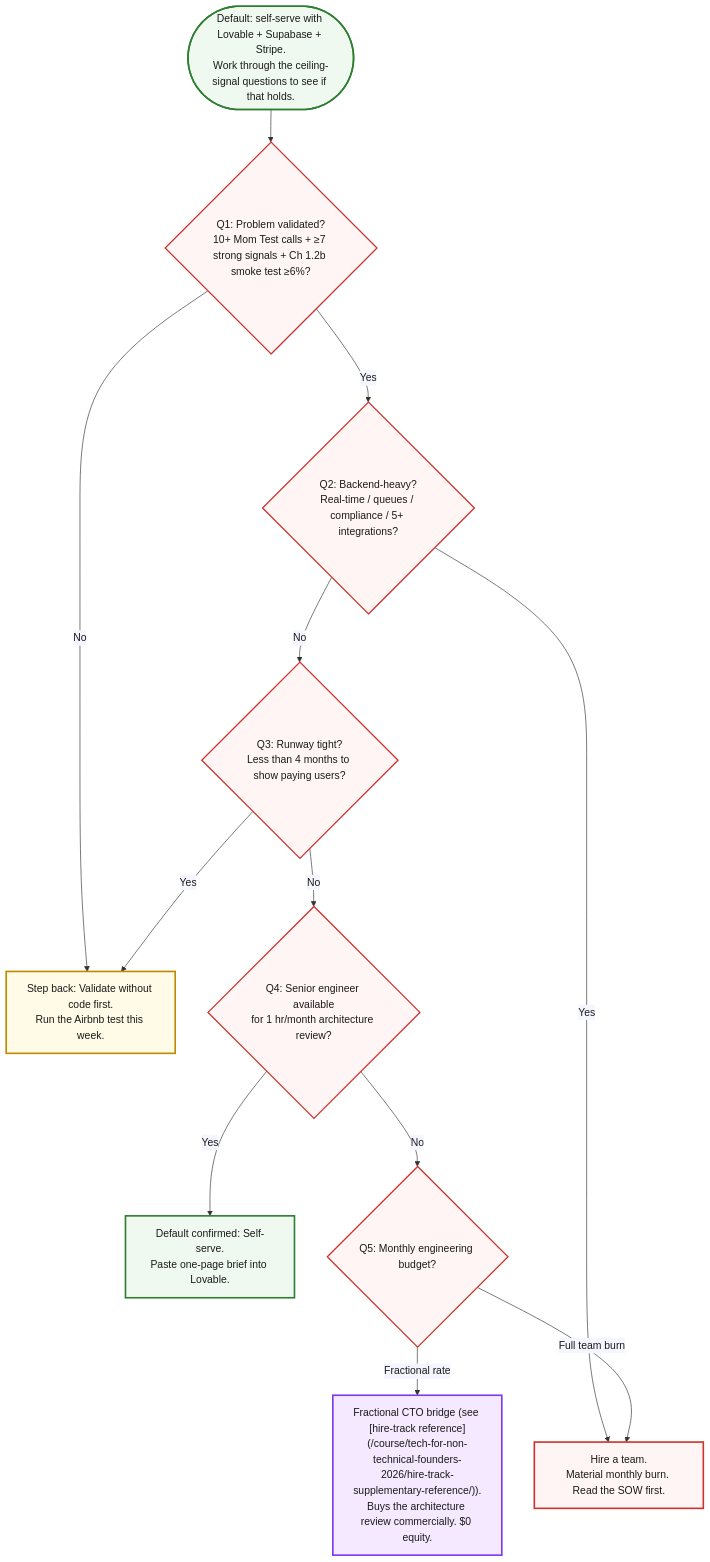
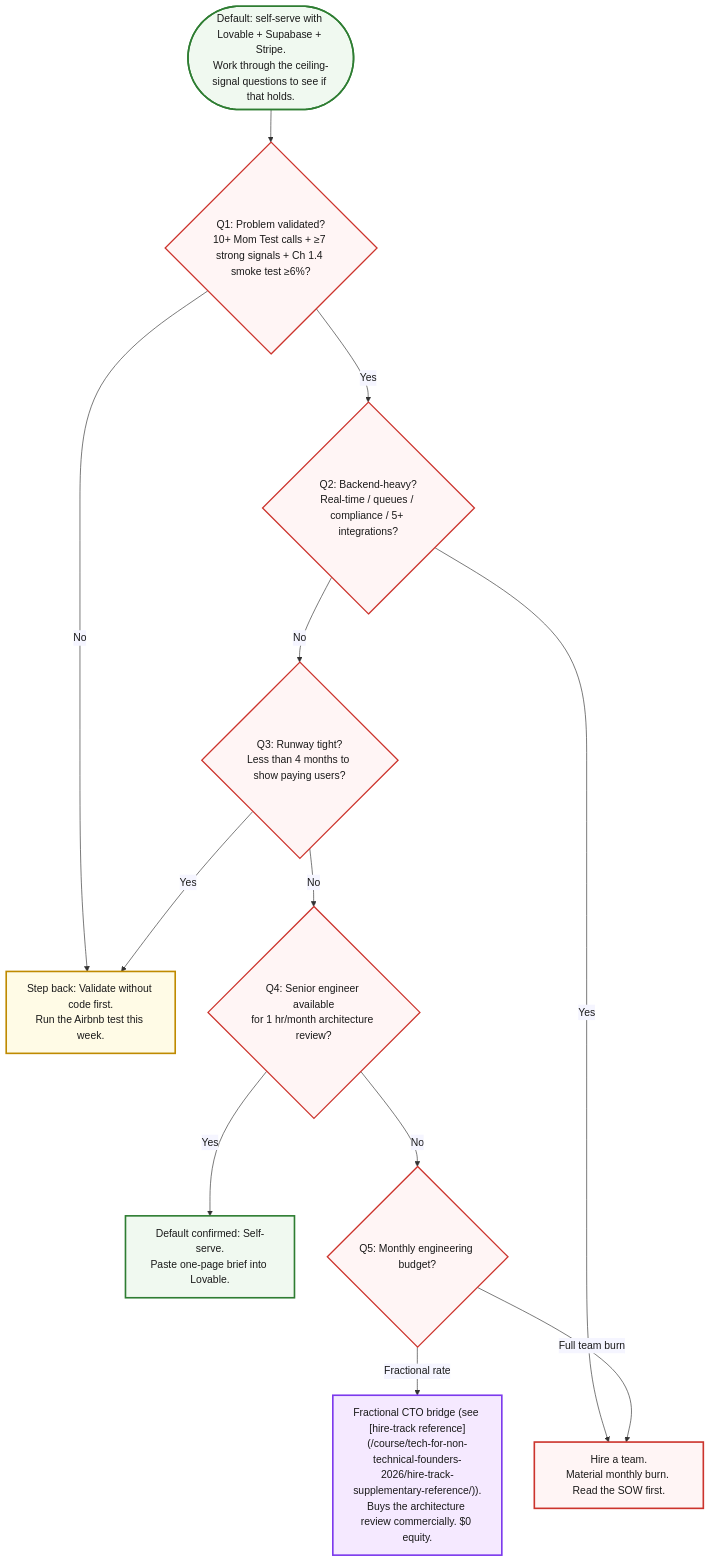
The diagram in content/course/tech-for-non-technical-founders-2026/should-you-hire-2026-decision-tree/index.md (jetthoughts/jetthoughts.github.io), drawn with Mermaid before and after one commit. The commit also changed other lines of this file and 15 other files, not shown here.

````diff
--- a/content/course/tech-for-non-technical-founders-2026/should-you-hire-2026-decision-tree/index.md
+++ b/content/course/tech-for-non-technical-founders-2026/should-you-hire-2026-decision-tree/index.md
@@ -114,30 +114,30 @@
 ```mermaid
 %%{init: {'theme':'base', 'themeVariables': {'fontFamily':'Caveat, Patrick Hand, cursive', 'primaryColor':'#fff5f5', 'primaryBorderColor':'#cc342d', 'lineColor':'#333', 'primaryTextColor':'#1a1a1a'}}}%%
 flowchart TD
     Start(["Default: self-serve with Lovable + Supabase + Stripe.<br/>Work through the ceiling-signal questions to see if that holds."])
-    Start --> Q1{"Q1: Problem validated?<br/>10+ Mom Test calls + ≥7 strong signals + Ch 1.2b smoke test ≥6%?"}
+    Start --> Q1{"Q1: Problem validated?<br/>10+ Mom Test calls + ≥7 strong signals + Ch 1.4 smoke test ≥6%?"}
     Q1 -->|No| Validate["Step back: Validate without code first.<br/>Run the Airbnb test this week."]
     Q1 -->|Yes| Q2{"Q2: Backend-heavy?<br/>Real-time / queues / compliance / 5+ integrations?"}
     Q2 -->|No| Q3{"Q3: Runway tight?<br/>Less than 4 months to show paying users?"}
     Q2 -->|Yes| Hire["Hire a team.<br/>Material monthly burn. Read the SOW first."]
     Q3 -->|No| Q4{"Q4: Senior engineer available<br/>for 1 hr/month architecture review?"}
     Q3 -->|Yes| Validate
     Q4 -->|Yes| SelfServe["Default confirmed: Self-serve.<br/>Paste one-page brief into Lovable."]
     Q4 -->|No| Q5{"Q5: Monthly engineering budget?"}
     Q5 -->|"Fractional rate"| Fractional["Fractional CTO bridge (see [hire-track reference](/course/tech-for-non-technical-founders-2026/hire-track-supplementary-reference/)).<br/>Buys the architecture review commercially. $0 equity."]
     Q5 -->|"Full team burn"| Hire
 
     classDef start fill:#f0f9f0,stroke:#2e7d32,stroke-width:2.5px,color:#1a1a1a
     classDef question fill:#fff5f5,stroke:#cc342d,stroke-width:2px,color:#1a1a1a
     classDef validate fill:#fffbe6,stroke:#bf8a00,stroke-width:2.5px,color:#1a1a1a
     classDef serve fill:#f0f9f0,stroke:#2e7d32,stroke-width:2.5px,color:#1a1a1a
     classDef frac fill:#f5e9ff,stroke:#7c3aed,stroke-width:2.5px,color:#1a1a1a
     classDef hire fill:#fff5f5,stroke:#cc342d,stroke-width:2.5px,color:#1a1a1a
 
     class Start start
     class Q1,Q2,Q3,Q4,Q5 question
     class Validate validate
     class SelfServe serve
     class Fractional frac
     class Hire hire
 ```
````
